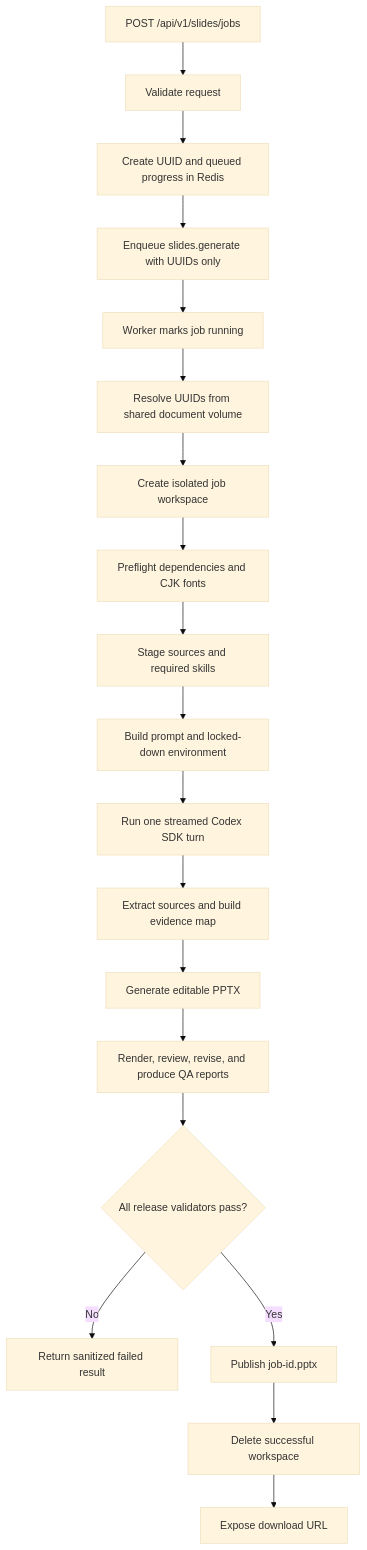
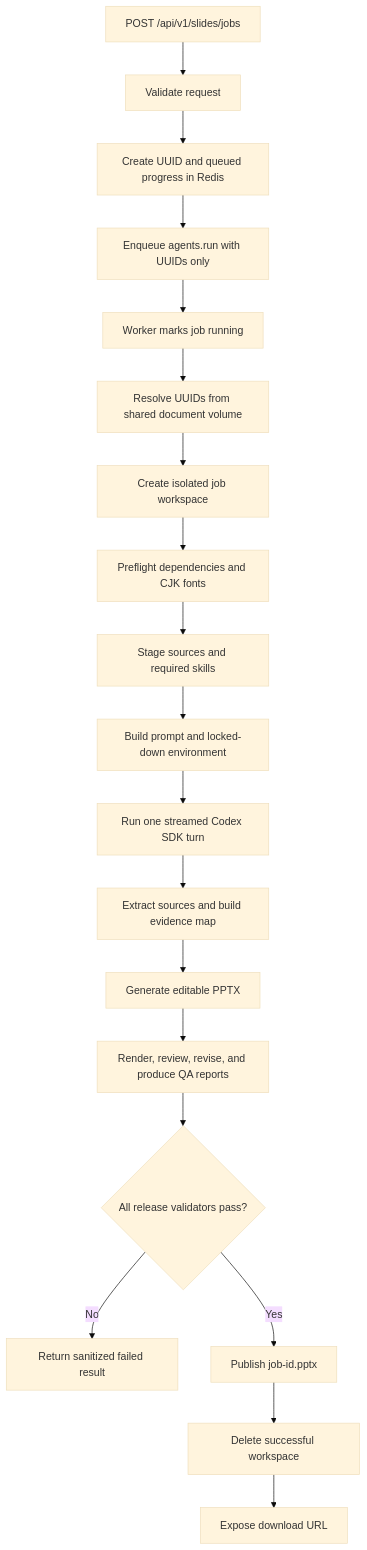
Before and after one commit to Marcodez811/NHI-AI: the second of 2 diagrams in backend/README.md, drawn with Mermaid (base theme). The commit also changed other lines of this file and 59 other files, not shown here.

````diff
--- a/backend/README.md
+++ b/backend/README.md
@@ -244,21 +221,21 @@
 ```mermaid
 flowchart TD
     A[POST /api/v1/slides/jobs] --> B[Validate request]
     B --> C[Create UUID and queued progress in Redis]
-    C --> D[Enqueue slides.generate with UUIDs only]
+    C --> D[Enqueue agents.run with UUIDs only]
     D --> E[Worker marks job running]
     E --> F[Resolve UUIDs from shared document volume]
     F --> G[Create isolated job workspace]
     G --> H[Preflight dependencies and CJK fonts]
     H --> I[Stage sources and required skills]
     I --> J[Build prompt and locked-down environment]
     J --> K[Run one streamed Codex SDK turn]
     K --> L[Extract sources and build evidence map]
     L --> M[Generate editable PPTX]
     M --> N[Render, review, revise, and produce QA reports]
     N --> O{All release validators pass?}
     O -->|No| P[Return sanitized failed result]
     O -->|Yes| Q[Publish job-id.pptx]
     Q --> R[Delete successful workspace]
     R --> S[Expose download URL]
 ```
````
